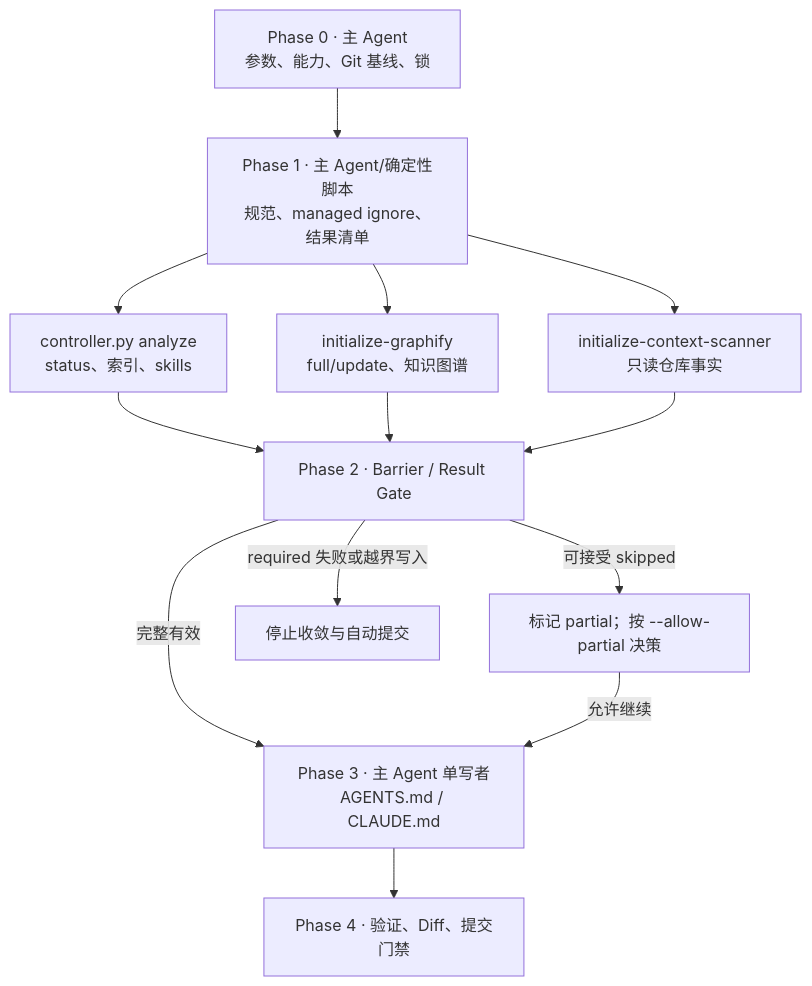
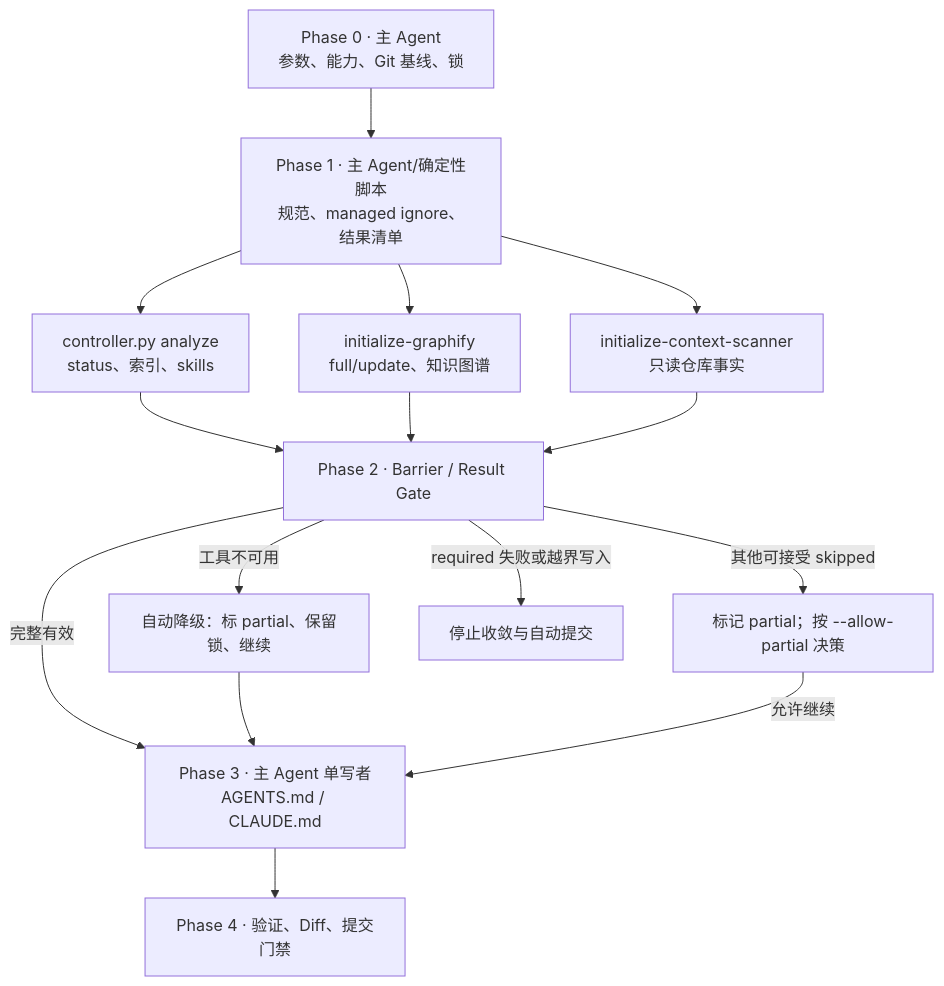
One commit to luming1617/CodeKit changed the diagram in skills/initialize/SKILL.md. Above: the diagram before and after it, drawn with Mermaid. The commit also changed other lines of this file and 59 other files, not shown here.

````diff
--- a/skills/initialize/SKILL.md
+++ b/skills/initialize/SKILL.md
@@ -59,15 +60,17 @@
 ```mermaid
 flowchart TD
     P0["Phase 0 · 主 Agent<br/>参数、能力、Git 基线、锁"] --> P1["Phase 1 · 主 Agent/确定性脚本<br/>规范、managed ignore、结果清单"]
     P1 --> GN["controller.py analyze<br/>status、索引、skills"]
     P1 --> GF["initialize-graphify<br/>full/update、知识图谱"]
     P1 --> CS["initialize-context-scanner<br/>只读仓库事实"]
     GN --> GATE["Phase 2 · Barrier / Result Gate"]
     GF --> GATE
     CS --> GATE
     GATE -->|完整有效| CTX["Phase 3 · 主 Agent 单写者<br/>AGENTS.md / CLAUDE.md"]
-    GATE -->|可接受 skipped| PARTIAL["标记 partial；按 --allow-partial 决策"]
+    GATE -->|工具不可用| AUTO["自动降级：标 partial、保留锁、继续"]
+    GATE -->|其他可接受 skipped| PARTIAL["标记 partial；按 --allow-partial 决策"]
     GATE -->|required 失败或越界写入| STOP["停止收敛与自动提交"]
+    AUTO --> CTX
     PARTIAL -->|允许继续| CTX
     CTX --> P4["Phase 4 · 验证、Diff、提交门禁"]
 ```
````
